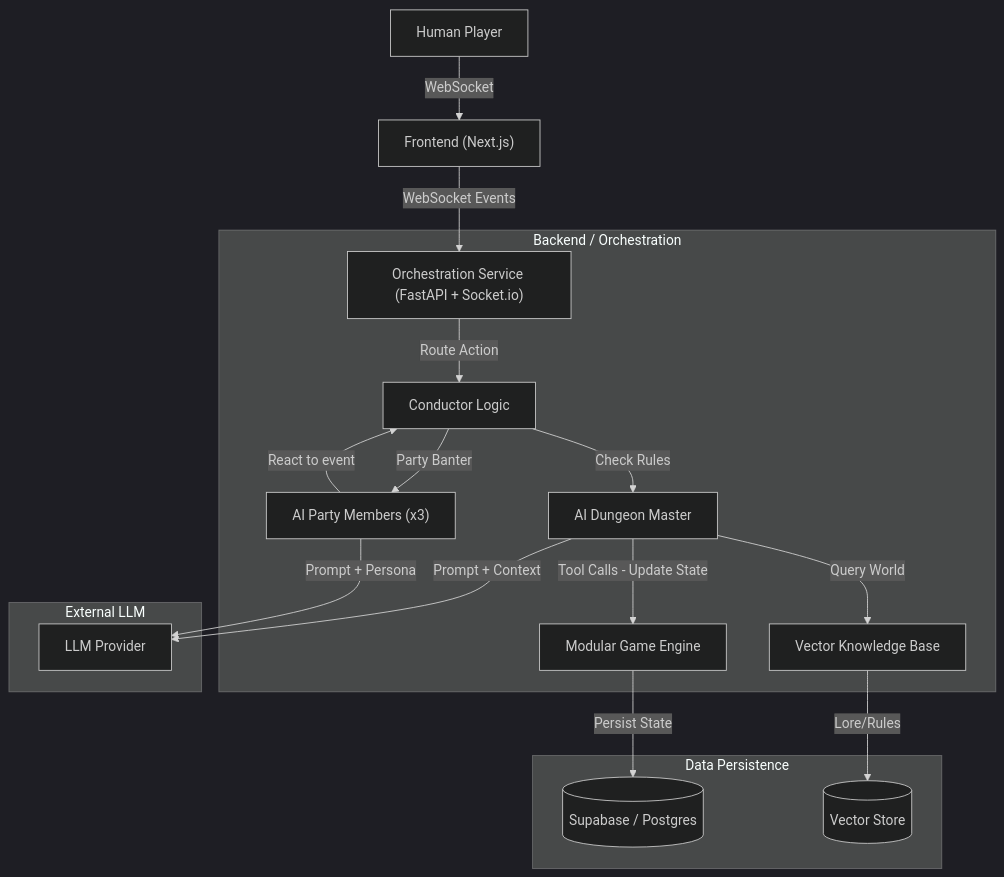
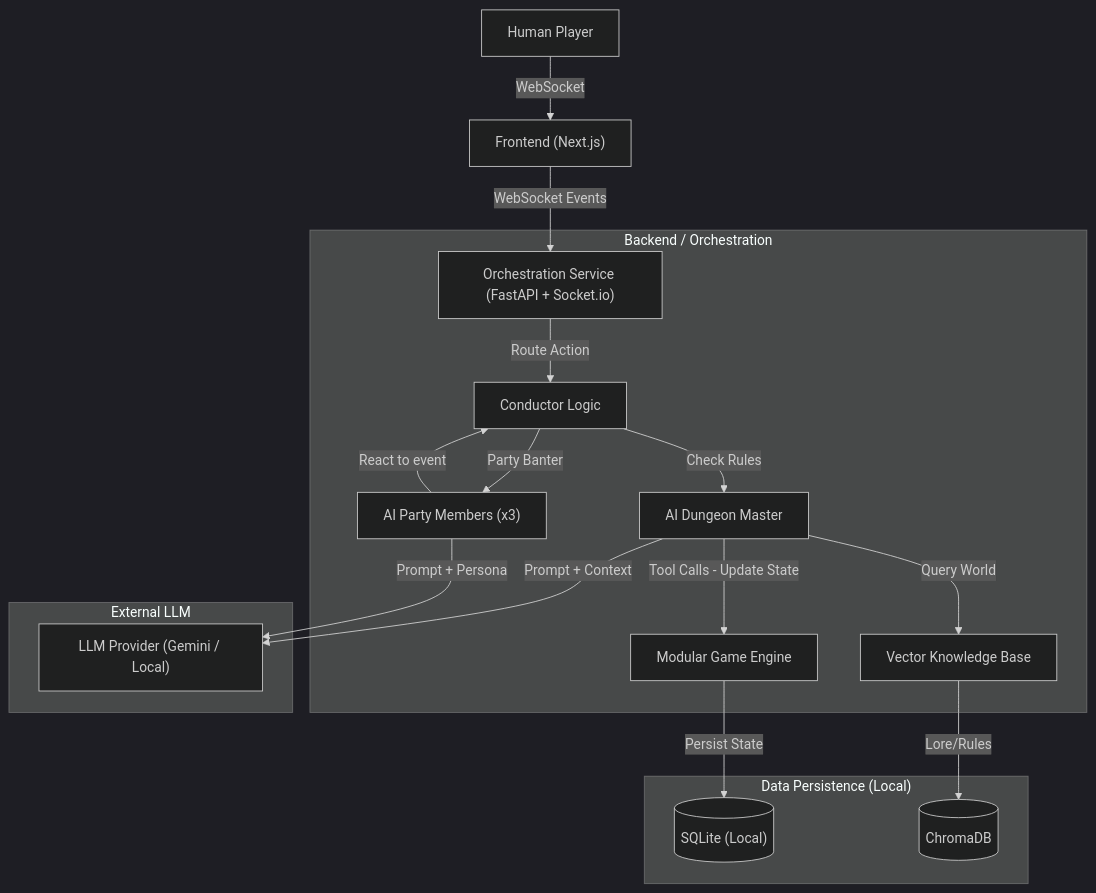
The diagram in design_docs/architecture.md (latentnyc/RoundTable_4_1), drawn with Mermaid (dark theme) before and after one commit. The commit also changed other lines of this file, not shown here.

Commit message:
Update architecture: Local stack, Chat logging, SQLite/ChromaDB

````diff
--- a/design_docs/architecture.md
+++ b/design_docs/architecture.md
@@ -5,26 +5,26 @@
 ```mermaid
 graph TD
     User["Human Player"] -->|WebSocket| FE["Frontend (Next.js)"]
     FE -->|WebSocket Events| WS["Orchestration Service (FastAPI + Socket.io)"]
     
     subgraph "Backend / Orchestration"
         WS -->|Route Action| Conductor["Conductor Logic"]
         Conductor -->|Check Rules| DM_Agent["AI Dungeon Master"]
         Conductor -->|Party Banter| Party_Agents["AI Party Members (x3)"]
         
         DM_Agent -->|Tool Calls - Update State| GameEngine["Modular Game Engine"]
         DM_Agent -->|Query World| VectorDB["Vector Knowledge Base"]
         
         Party_Agents -->|React to event| Conductor
     end
     
-    subgraph "Data Persistence"
-        GameEngine -->|Persist State| DB[("Supabase / Postgres")]
-        VectorDB -->|Lore/Rules| VectorStore[("Vector Store")]
+    subgraph "Data Persistence (Local)"
+        GameEngine -->|Persist State| DB[("SQLite (Local)")]
+        VectorDB -->|Lore/Rules| VectorStore[("ChromaDB")]
     end
     
     subgraph "External LLM"
-        DM_Agent -->|Prompt + Context| LLM["LLM Provider"]
+        DM_Agent -->|Prompt + Context| LLM["LLM Provider (Gemini / Local)"]
         Party_Agents -->|Prompt + Persona| LLM
     end
 ```
````
